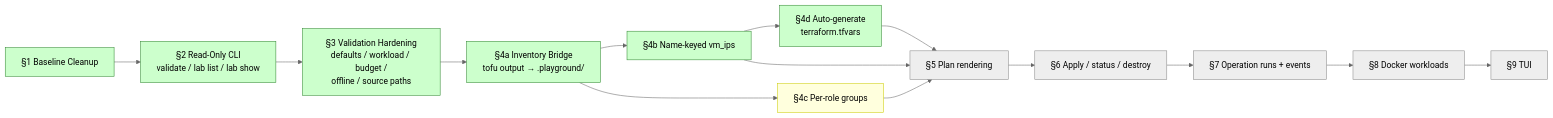
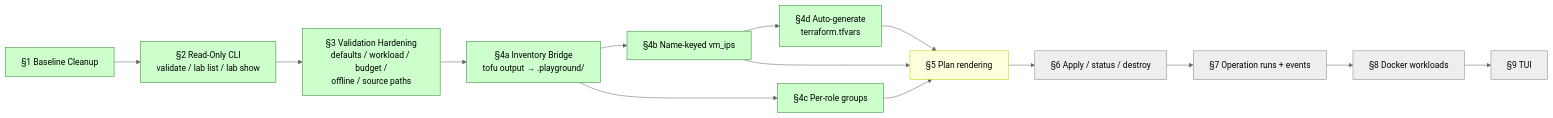
One commit to spicysauce1955-stack/playground changed the seventh of 7 diagrams in docs/system_overview.md. Above: the diagram before and after it, drawn with Mermaid (neutral theme). The commit also changed 3 other files, not shown here.

````diff
--- a/docs/system_overview.md
+++ b/docs/system_overview.md
@@ -361,29 +361,29 @@
 ```mermaid
 flowchart LR
     s1[§1 Baseline Cleanup]
     s2[§2 Read-Only CLI<br/>validate / lab list / lab show]
     s3[§3 Validation Hardening<br/>defaults / workload / budget /<br/>offline / source paths]
     s4a[§4a Inventory Bridge<br/>tofu output → .playground/]
     s4b[§4b Name-keyed vm_ips]
     s4c[§4c Per-role groups]
     s5[§5 Plan rendering]
     s6[§6 Apply / status / destroy]
     s7[§7 Operation runs + events]
     s8[§8 Docker workloads]
     s9[§9 TUI]
 
     s1 --> s2 --> s3 --> s4a --> s4b
     s4a --> s4c
     s4b --> s4d[§4d Auto-generate<br/>terraform.tfvars]
     s4b --> s5
     s4c --> s5
     s4d --> s5
     s5 --> s6 --> s7 --> s8 --> s9
 
     classDef done fill:#cfc,stroke:#383
     classDef next fill:#ffd,stroke:#cc0
     classDef queued fill:#eee,stroke:#888
-    class s1,s2,s3,s4a,s4b,s4d done
-    class s4c next
-    class s5,s6,s7,s8,s9 queued
+    class s1,s2,s3,s4a,s4b,s4c,s4d done
+    class s5 next
+    class s6,s7,s8,s9 queued
 ```
````
